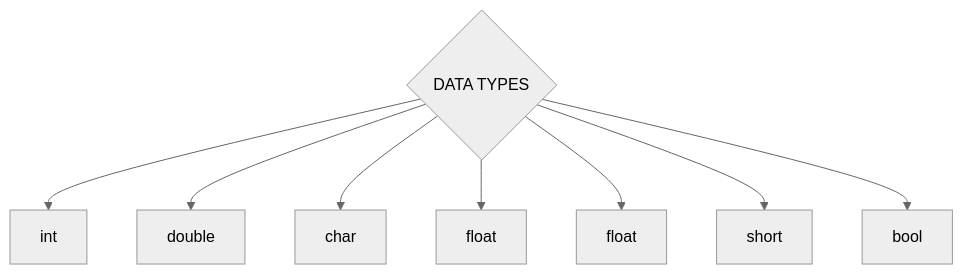
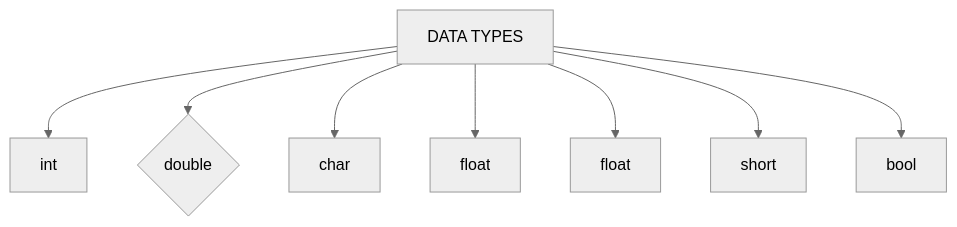
One commit to qwerty-arun/learn_C changed the diagram in Gettingstartedwithc.md. Above: the diagram before and after it, drawn with Mermaid (neutral theme). The commit also changed other lines of this file, not shown here.

````diff
--- a/Gettingstartedwithc.md
+++ b/Gettingstartedwithc.md
@@ -149,10 +149,10 @@
 ```mermaid
 flowchart TD
-A{DATA TYPES} --> B[int];
-A --> C[double];
+A[DATA TYPES] --> B[int];
+A --> C{double};
 A --> D[char];
 A --> E[float];
 A --> F[float];
 A --> G[short];
 A --> H[bool];
 ```
````
